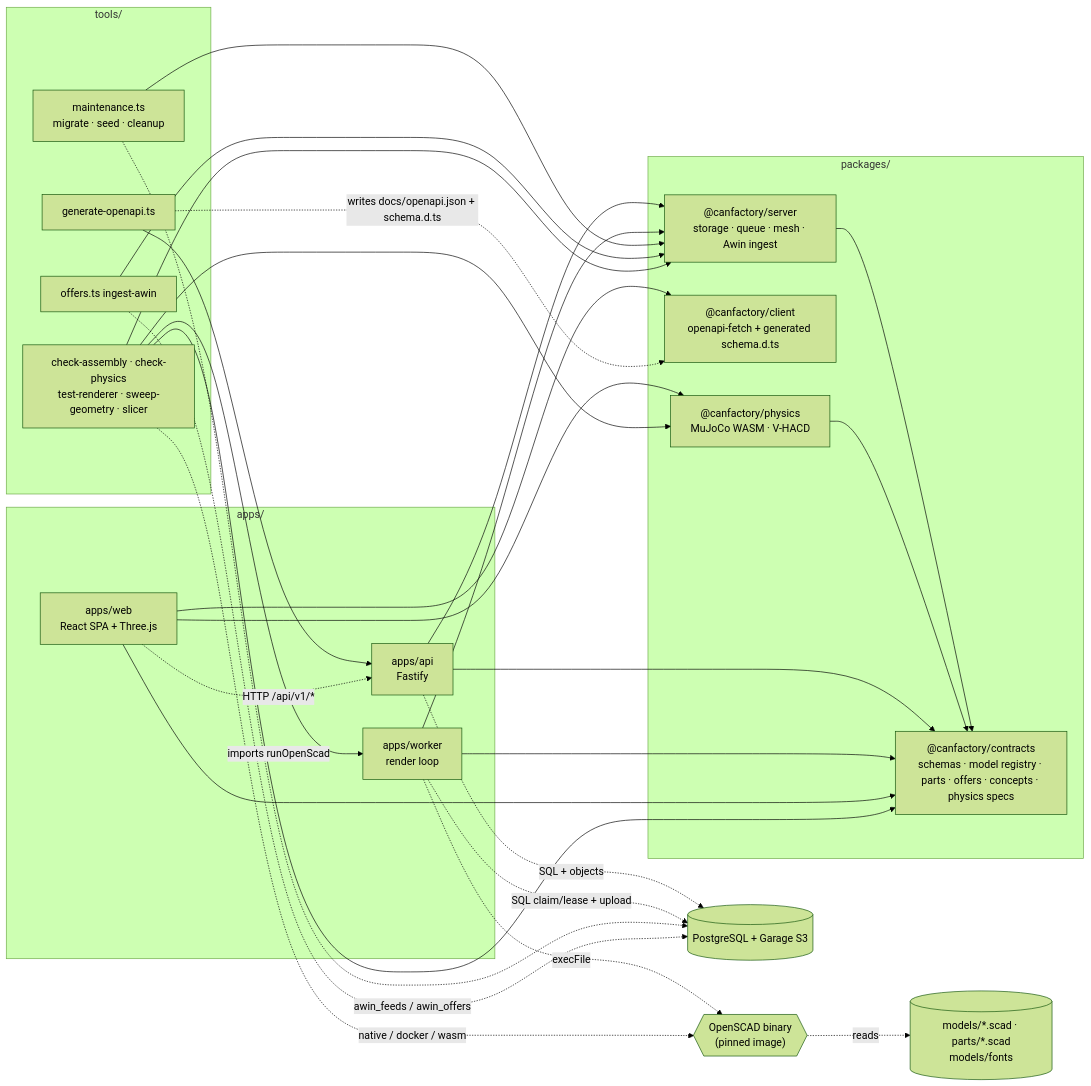
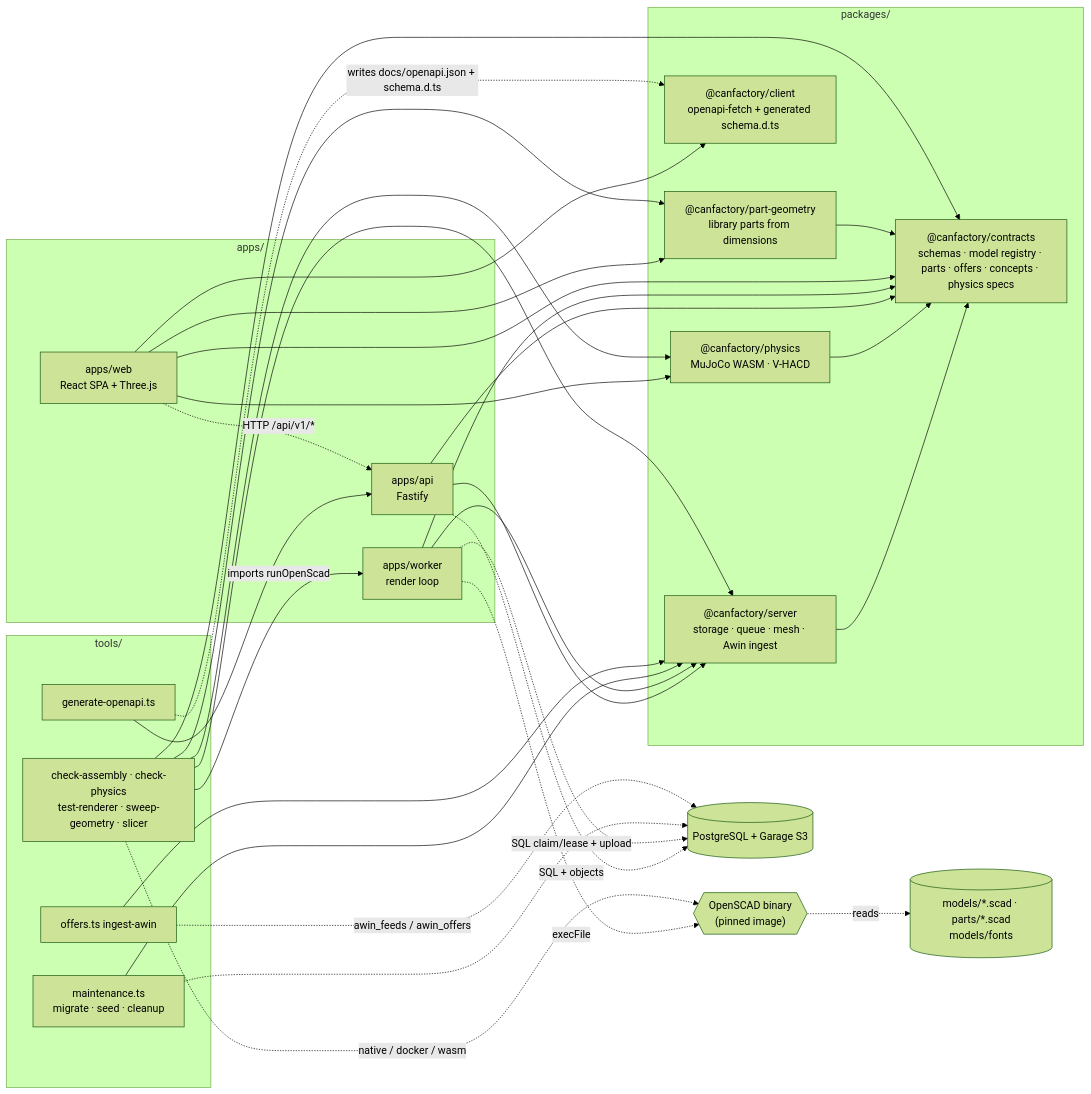
One commit to NNTin/CanFactory changed the first of 3 diagrams in docs/system-architecture.md. Above: the diagram before and after it, drawn with Mermaid (forest theme). The commit also changed other lines of this file and 30 other files, not shown here.

First line of the commit message:
refactor(parts): draw each library part once, in @canfactory/part-geometry

````diff
--- a/docs/system-architecture.md
+++ b/docs/system-architecture.md
@@ -44,50 +45,54 @@
 ```mermaid
 flowchart LR
     subgraph pkgs["packages/"]
         contracts["@canfactory/contracts<br/>schemas · model registry · parts · offers · concepts · physics specs"]
         server["@canfactory/server<br/>storage · queue · mesh · Awin ingest"]
         client["@canfactory/client<br/>openapi-fetch + generated schema.d.ts"]
         physics["@canfactory/physics<br/>MuJoCo WASM · V-HACD"]
+        partgeom["@canfactory/part-geometry<br/>library parts from dimensions"]
     end
     subgraph apps["apps/"]
         web["apps/web<br/>React SPA + Three.js"]
         api["apps/api<br/>Fastify"]
         worker["apps/worker<br/>render loop"]
     end
     subgraph tl["tools/"]
         maint["maintenance.ts<br/>migrate · seed · cleanup"]
         offerstool["offers.ts ingest-awin"]
         gen["generate-openapi.ts"]
         checks["check-assembly · check-physics<br/>test-renderer · sweep-geometry · slicer"]
     end
     scad[("models/*.scad · parts/*.scad<br/>models/fonts")]
     openscad{{"OpenSCAD binary<br/>(pinned image)"}}
     stores[("PostgreSQL + Garage S3")]
 
     server --> contracts
     physics --> contracts
     api --> contracts
     api --> server
     worker --> contracts
     worker --> server
     web --> contracts
     web --> client
     web --> physics
+    web --> partgeom
+    partgeom --> contracts
     maint --> server
     offerstool --> server
     gen --> api
     checks --> contracts
     checks --> server
     checks --> physics
+    checks --> partgeom
     checks -->|"imports runOpenScad"| worker
 
     gen -.->|"writes docs/openapi.json + schema.d.ts"| client
     web -.->|"HTTP /api/v1/*"| api
     api -.->|"SQL + objects"| stores
     worker -.->|"SQL claim/lease + upload"| stores
     maint -.-> stores
     offerstool -.->|"awin_feeds / awin_offers"| stores
     worker -.->|"execFile"| openscad
     openscad -.->|"reads"| scad
     checks -.->|"native / docker / wasm"| openscad
 ```
````
